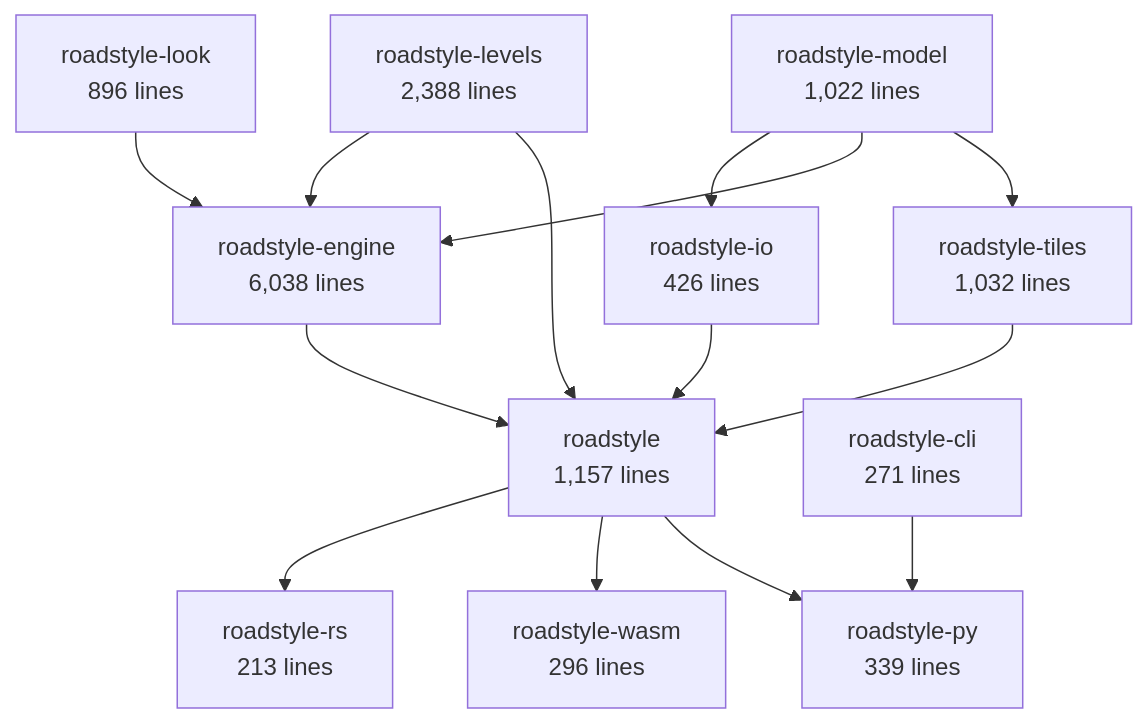
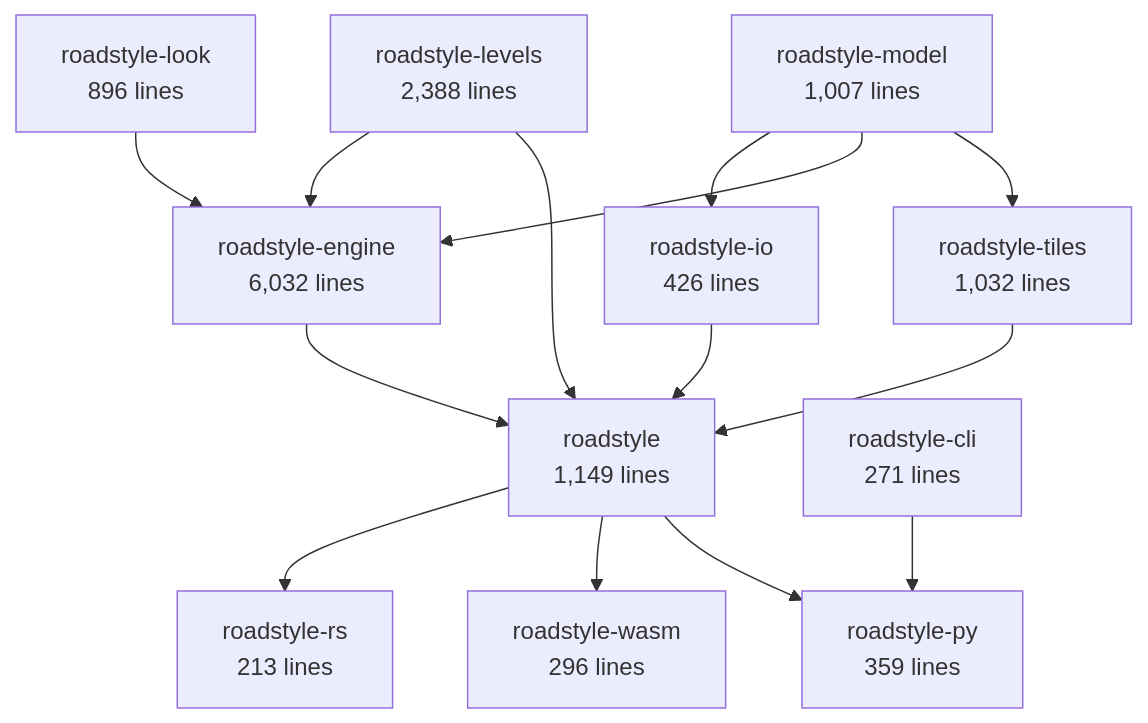
Before and after one commit to Khoshkhah/roadstyle: the second of 6 diagrams in docs/rust/architecture.md, drawn with Mermaid. The commit also changed other lines of this file and 20 other files, not shown here.

````diff
--- a/docs/rust/architecture.md
+++ b/docs/rust/architecture.md
@@ -69,27 +69,27 @@
 ```mermaid
 flowchart TB
-    roadstyle_model["roadstyle-model<br/>1,022 lines"]
+    roadstyle_model["roadstyle-model<br/>1,007 lines"]
     roadstyle_look["roadstyle-look<br/>896 lines"]
     roadstyle_io["roadstyle-io<br/>426 lines"]
     roadstyle_levels["roadstyle-levels<br/>2,388 lines"]
-    roadstyle_engine["roadstyle-engine<br/>6,038 lines"]
+    roadstyle_engine["roadstyle-engine<br/>6,032 lines"]
     roadstyle_tiles["roadstyle-tiles<br/>1,032 lines"]
-    roadstyle["roadstyle<br/>1,157 lines"]
+    roadstyle["roadstyle<br/>1,149 lines"]
     roadstyle_rs["roadstyle-rs<br/>213 lines"]
     roadstyle_wasm["roadstyle-wasm<br/>296 lines"]
-    roadstyle_py["roadstyle-py<br/>339 lines"]
+    roadstyle_py["roadstyle-py<br/>359 lines"]
     roadstyle_cli["roadstyle-cli<br/>271 lines"]
     roadstyle_model --> roadstyle_io
     roadstyle_levels --> roadstyle_engine
     roadstyle_look --> roadstyle_engine
     roadstyle_model --> roadstyle_engine
     roadstyle_model --> roadstyle_tiles
     roadstyle_engine --> roadstyle
     roadstyle_io --> roadstyle
     roadstyle_levels --> roadstyle
     roadstyle_tiles --> roadstyle
     roadstyle --> roadstyle_rs
     roadstyle --> roadstyle_wasm
     roadstyle --> roadstyle_py
     roadstyle_cli --> roadstyle_py
 ```
````
